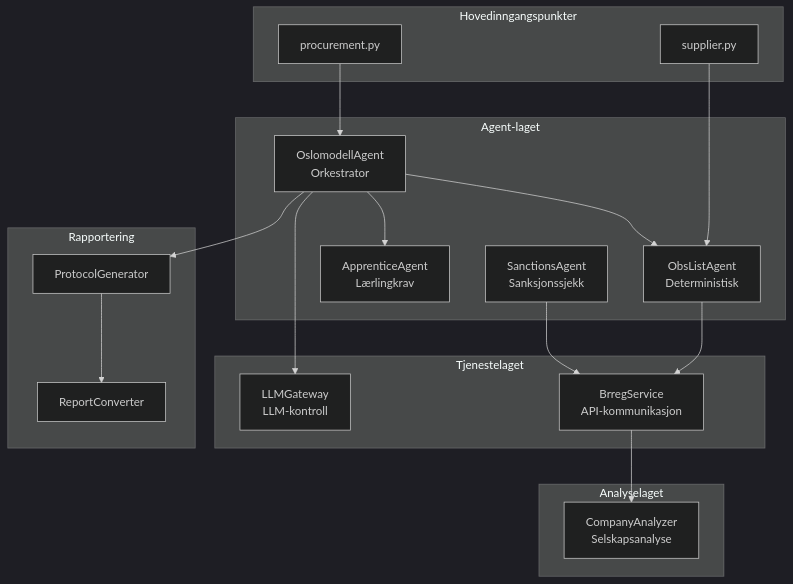
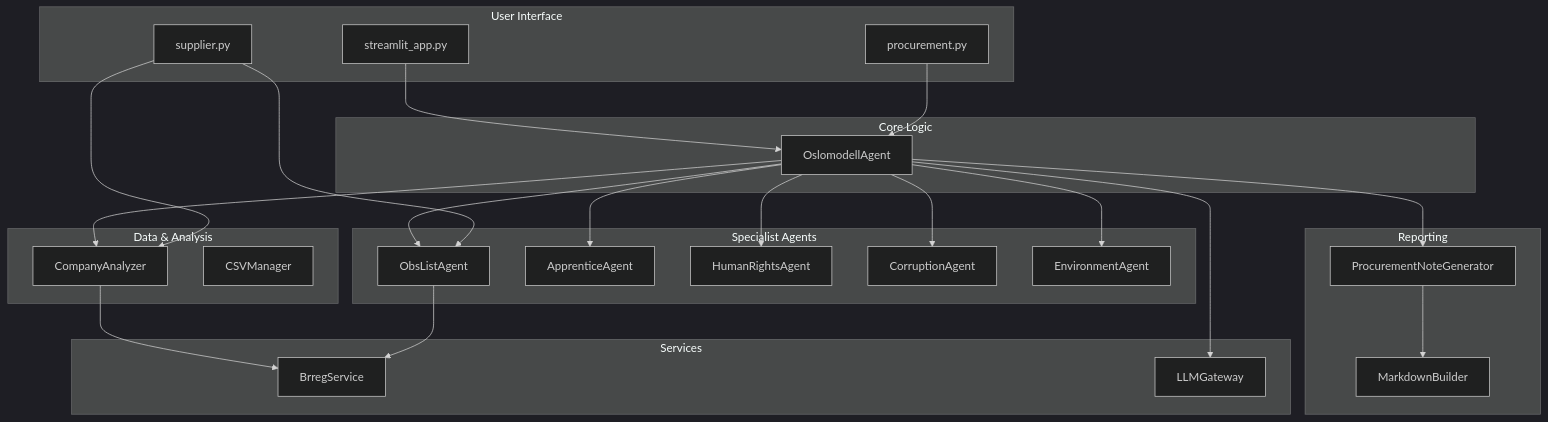
The first of 2 diagrams in README.md (khjohns/Procurement_assistance), drawn with Mermaid (dark theme) before and after one commit. The commit also changed other lines of this file, not shown here.

````diff
--- a/README.md
+++ b/README.md
@@ -27,39 +28,54 @@
 ```mermaid
-graph TB
-    subgraph "Hovedinngangspunkter"
+graph TD
+    subgraph "User Interface"
         A[procurement.py]
         B[supplier.py]
+        C[streamlit_app.py]
     end
-    
-    subgraph "Agent-laget"
-        C[OslomodellAgent<br/>Orkestrator]
-        D[ObsListAgent<br/>Deterministisk]
-        E[ApprenticeAgent<br/>Lærlingkrav]
-        F[SanctionsAgent<br/>Sanksjonssjekk]
+
+    subgraph "Core Logic"
+        D[OslomodellAgent]
     end
-    
-    subgraph "Tjenestelaget"
-        G[BrregService<br/>API-kommunikasjon]
-        H[LLMGateway<br/>LLM-kontroll]
+
+    subgraph "Specialist Agents"
+        E[ObsListAgent]
+        F[ApprenticeAgent]
+        G[HumanRightsAgent]
+        H[CorruptionAgent]
+        I[EnvironmentAgent]
     end
-    
-    subgraph "Analyselaget"
-        I[CompanyAnalyzer<br/>Selskapsanalyse]
+
+    subgraph "Services"
+        J[BrregService]
+        K[LLMGateway]
     end
-    
-    subgraph "Rapportering"
-        J[ProtocolGenerator]
-        K[ReportConverter]
+
+    subgraph "Data & Analysis"
+        L[CompanyAnalyzer]
+        M[CSVManager]
     end
-    
-    A --> C
-    B --> D
+
+    subgraph "Reporting"
+        N[ProcurementNoteGenerator]
+        O[MarkdownBuilder]
+    end
+
+    A --> D
+    B --> E
+    B --> L
     C --> D
-    C --> E
-    C --> H
+
+    D --> E
+    D --> F
     D --> G
-    F --> G
-    G --> I
-    C --> J
-    J --> K
+    D --> H
+    D --> I
+    D --> K
+    D --> L
+    D --> N
+
+    E --> J
+    L --> J
+
+    N --> O
 ```
````
